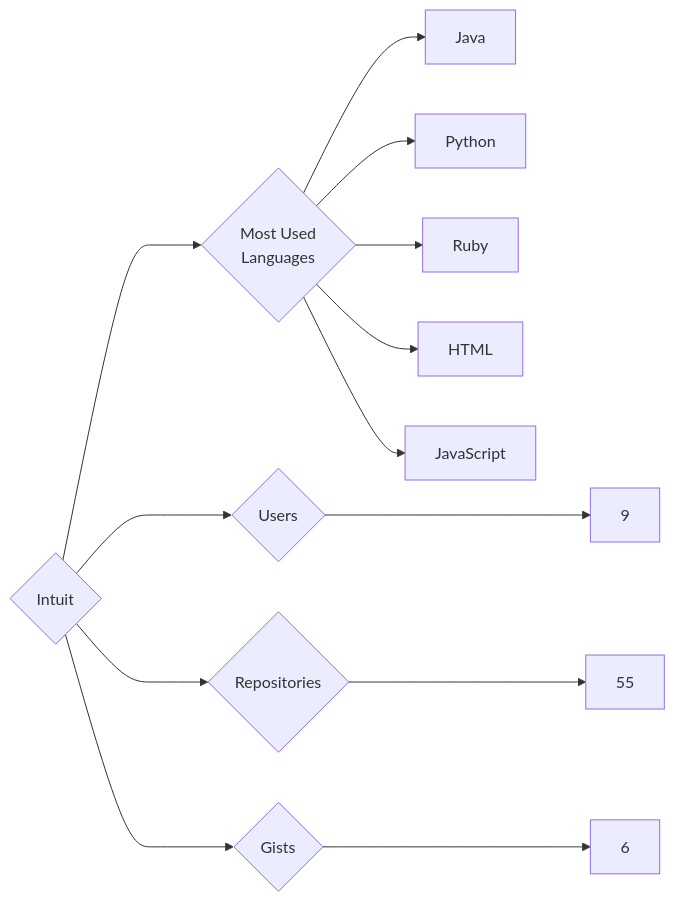
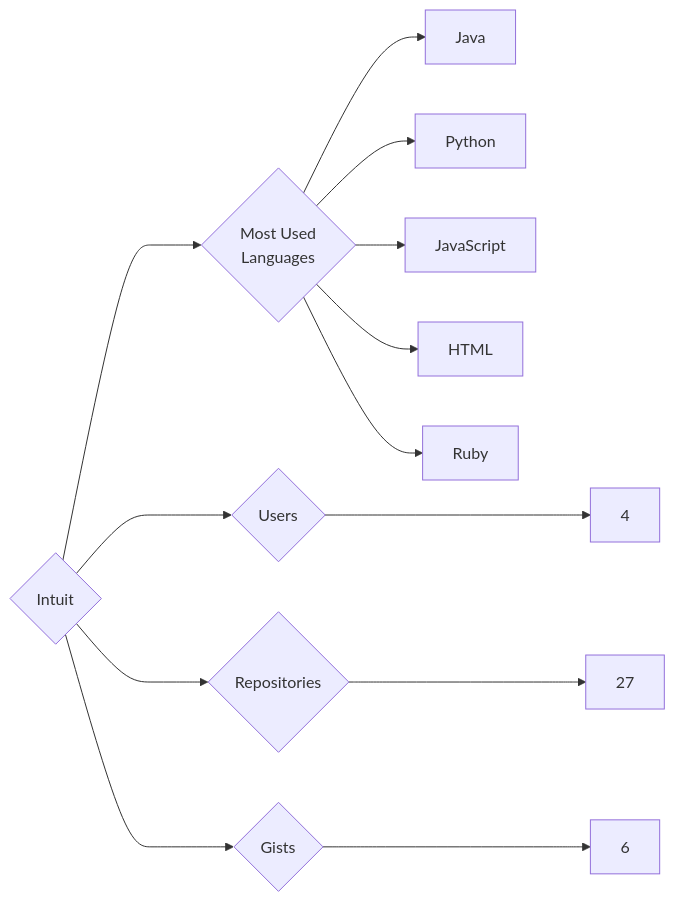
One commit to trickest/insiders changed the diagram in targets/Intuit/README.md. Above: the diagram before and after it, drawn with Mermaid. The commit also changed 993 other files, not shown here.

````diff
--- a/targets/Intuit/README.md
+++ b/targets/Intuit/README.md
@@ -3,13 +3,13 @@
 ```mermaid
 graph LR
 COMPANY_NAME{Intuit}
-COMPANY_NAME ---> U{Users} ---> UN[9]
-COMPANY_NAME ---> R{Repositories} ---> RN[55]
+COMPANY_NAME ---> U{Users} ---> UN[4]
+COMPANY_NAME ---> R{Repositories} ---> RN[27]
 COMPANY_NAME ---> G{Gists} ---> GN[6]
 COMPANY_NAME ---> ML{Most Used<br>Languages}
 ML --> Java[Java]
 ML --> Python[Python]
+ML --> JavaScript[JavaScript]
+ML --> HTML[HTML]
 ML --> Ruby[Ruby]
-ML --> HTML[HTML]
-ML --> JavaScript[JavaScript]
 ```
````
